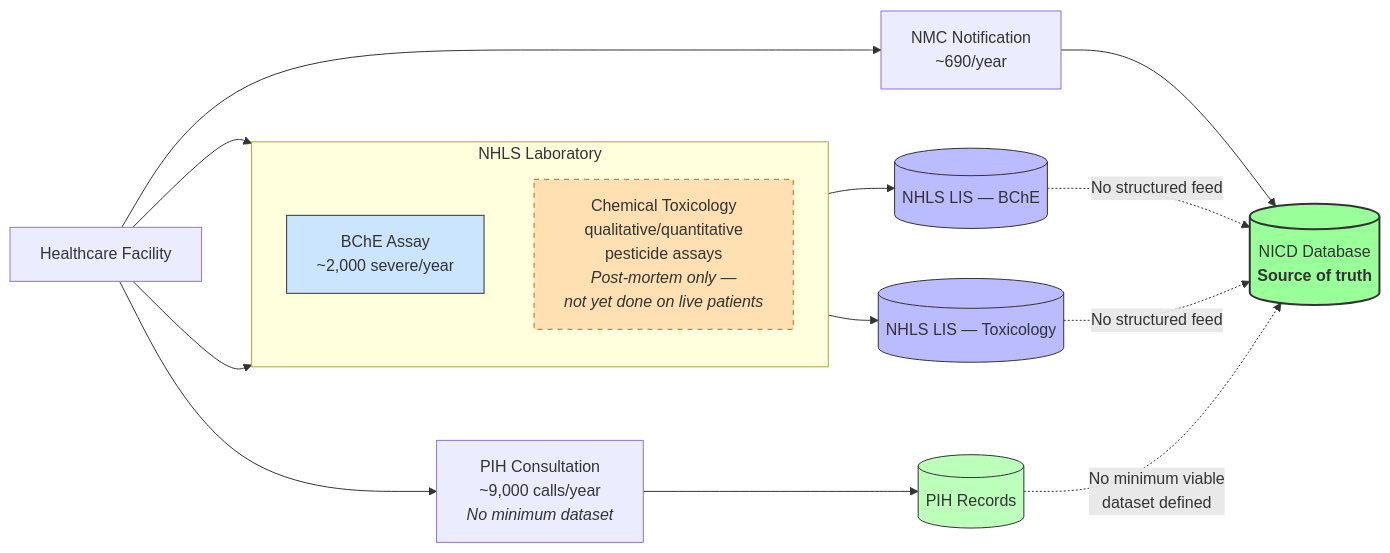
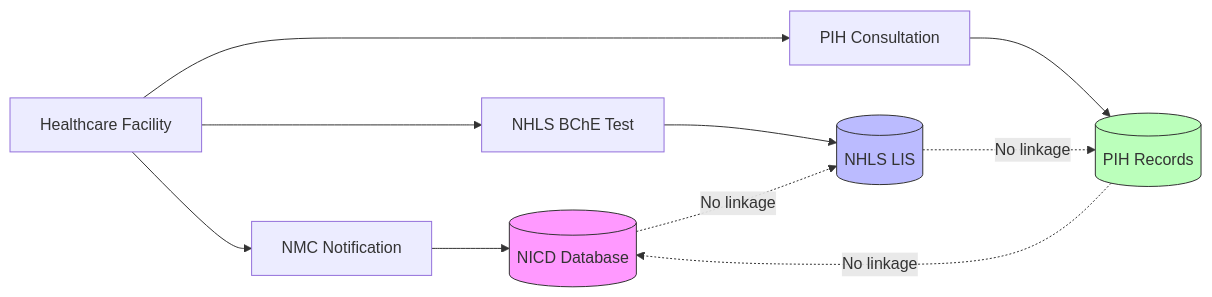
The first of 2 diagrams in posts/surveillance_concept_note.qmd (bridaybrummer/D2P_project), drawn with Mermaid before and after one commit. The commit also changed other lines of this file and 8 other files, not shown here.

Commit message:
Policy brief: status-quo flow - notification originates on NMC, SMS to EHP, EHP investigation not recorded

````diff
--- a/posts/surveillance_concept_note.qmd
+++ b/posts/surveillance_concept_note.qmd
@@ -49,31 +35,20 @@
 ```{mermaid}
 %%| label: fig-current-system
-%%| fig-cap: "Current (fragmented) surveillance architecture. NICD is the de facto source-of-truth for case notifications, but the laboratory streams (BChE; chemical toxicology — currently post-mortem only, not yet performed on live patients) and PIH do not flow into it in a structured way."
+%%| fig-cap: "Current (fragmented) surveillance architecture"
 flowchart LR
-    A[Healthcare Facility] --> B[NMC Notification<br/>~690/year]
-    A --> C1
-    A --> C2
-    A --> D[PIH Consultation<br/>~9,000 calls/year<br/><i>No minimum dataset</i>]
-
-    subgraph NHLS [NHLS Laboratory]
-        direction TB
-        C1[BChE Assay<br/>~2,000 severe/year]
-        C2[Chemical Toxicology<br/>qualitative/quantitative<br/>pesticide assays<br/><i>Post-mortem only —<br/>not yet done on live patients</i>]
-    end
-
-    B --> E[("NICD Database<br/><b>Source of truth</b>")]
-    C1 --> F1[(NHLS LIS — BChE)]
-    C2 --> F2[(NHLS LIS — Toxicology)]
+    A[Healthcare Facility] --> B[NMC Notification]
+    A --> C[NHLS BChE Test]
+    A --> D[PIH Consultation]
+    
+    B --> E[(NICD Database)]
+    C --> F[(NHLS LIS)]
     D --> G[(PIH Records)]
-
-    F1 -.No structured feed.-> E
-    F2 -.No structured feed.-> E
-    G -.No minimum viable<br/>dataset defined.-> E
-
-    style E fill:#9f9,stroke:#333,stroke-width:2px
-    style C1 fill:#cce5ff,stroke:#333
-    style C2 fill:#ffe0b3,stroke:#cc6600,stroke-dasharray: 5 5
-    style F1 fill:#bbf,stroke:#333
-    style F2 fill:#bbf,stroke:#333
+    
+    E -.No linkage.-> F
+    F -.No linkage.-> G
+    G -.No linkage.-> E
+    
+    style E fill:#f9f,stroke:#333
+    style F fill:#bbf,stroke:#333
     style G fill:#bfb,stroke:#333
 ```
````
